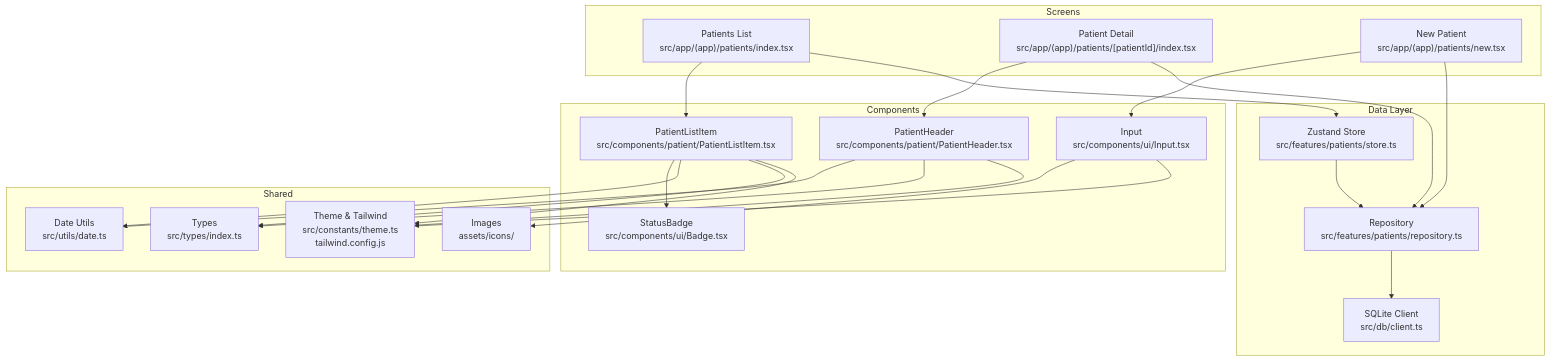
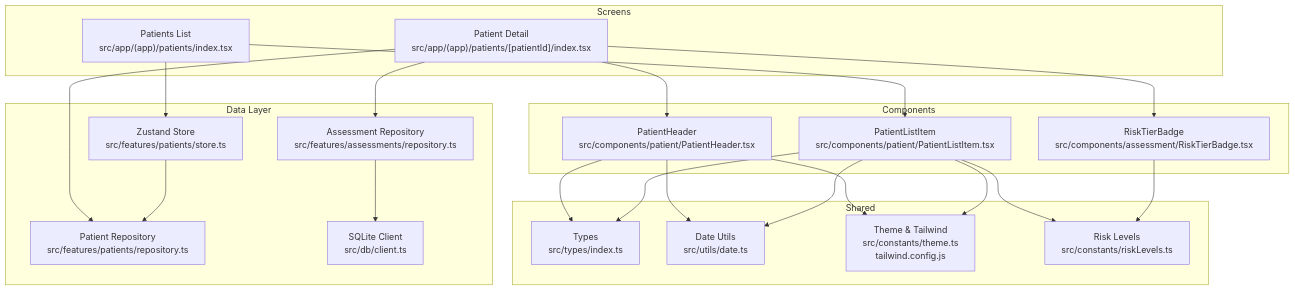
Before and after one commit to AdeelTahir-SE/DermSight: the first of 10 diagrams in .qoder/repowiki/en/content/Patient Management/UI Components.md, drawn with Mermaid. The commit also changed other lines of this file and 23 other files, not shown here.

````diff
--- a/.qoder/repowiki/en/content/Patient Management/UI Components.md
+++ b/.qoder/repowiki/en/content/Patient Management/UI Components.md
@@ -48,42 +49,40 @@
 ```mermaid
 graph TB
 subgraph "Screens"
 PL["Patients List<br/>src/app/(app)/patients/index.tsx"]
 PD["Patient Detail<br/>src/app/(app)/patients/[patientId]/index.tsx"]
-PN["New Patient<br/>src/app/(app)/patients/new.tsx"]
 end
 subgraph "Components"
 PHI["PatientHeader<br/>src/components/patient/PatientHeader.tsx"]
 PLI["PatientListItem<br/>src/components/patient/PatientListItem.tsx"]
-INP["Input<br/>src/components/ui/Input.tsx"]
-SB["StatusBadge<br/>src/components/ui/Badge.tsx"]
+RTB["RiskTierBadge<br/>src/components/assessment/RiskTierBadge.tsx"]
 end
 subgraph "Data Layer"
 ST["Zustand Store<br/>src/features/patients/store.ts"]
-RP["Repository<br/>src/features/patients/repository.ts"]
+PRP["Patient Repository<br/>src/features/patients/repository.ts"]
+ARP["Assessment Repository<br/>src/features/assessments/repository.ts"]
 DB["SQLite Client<br/>src/db/client.ts"]
 end
 subgraph "Shared"
 TY["Types<br/>src/types/index.ts"]
 DT["Date Utils<br/>src/utils/date.ts"]
 TH["Theme & Tailwind<br/>src/constants/theme.ts<br/>tailwind.config.js"]
-IMG["Images<br/>assets/icons/"]
+RL["Risk Levels<br/>src/constants/riskLevels.ts"]
 end
 PL --> PLI
 PD --> PHI
-PN --> INP
-PLI --> SB
+PD --> RTB
+PLI --> RL
 PL --> ST
-PD --> RP
-PN --> RP
-ST --> RP
-RP --> DB
+PD --> PRP
+PD --> ARP
+ST --> PRP
+ARP --> DB
 PHI --> DT
 PLI --> DT
 PHI --> TY
 PLI --> TY
 PHI --> TH
 PLI --> TH
-INP --> IMG
-INP --> TH
+RTB --> RL
 ```
````
